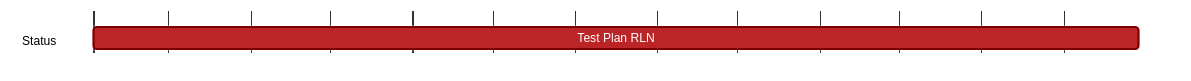
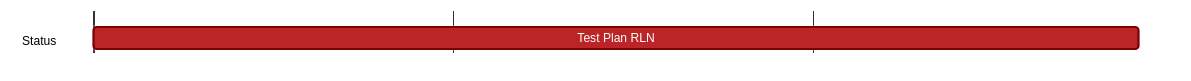
Before and after one commit to logos-co/roadmap: the diagram in content/vac/qa/g/waku/test-plan-sharding.md, drawn with Mermaid.

````diff
--- a/content/vac/qa/g/waku/test-plan-sharding.md
+++ b/content/vac/qa/g/waku/test-plan-sharding.md
@@ -7,20 +7,20 @@
 ```mermaid
 %%{ 
   init: { 
     'theme': 'base', 
     'themeVariables': { 
       'primaryColor': '#BB2528', 
       'primaryTextColor': '#fff', 
       'primaryBorderColor': '#7C0000', 
       'lineColor': '#F8B229', 
       'secondaryColor': '#006100', 
       'tertiaryColor': '#fff' 
     } 
   } 
 }%%
 gantt
   tickInterval 1month
   dateFormat YYYY-MM-DD 
   section Status
-    Test Plan RLN:  2023-02-01, 2024-02-29
+    Test Plan RLN:  2023-12-01, 2024-02-29
 ```
````
